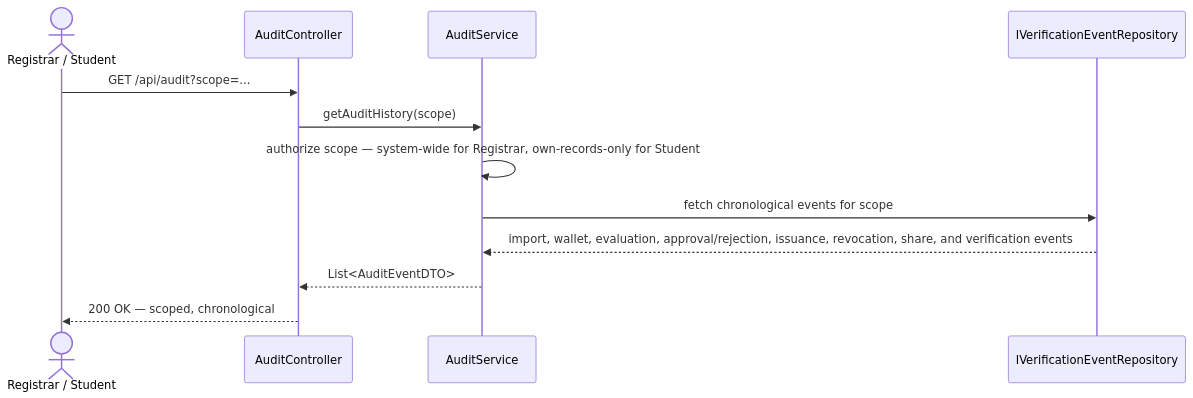
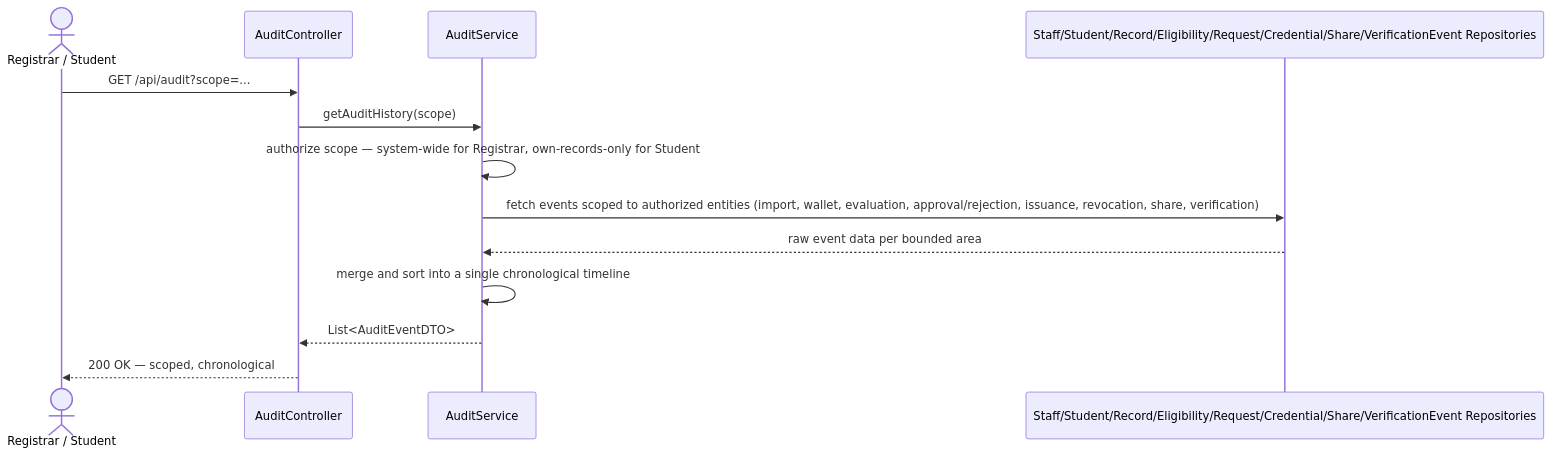
Before and after one commit to huypengin/UniDipVeri: diagram 13 of 15 in docs/03-design/Sequence_Diagram.md, drawn with Mermaid. The commit also changed other lines of this file and 23 other files, not shown here.

First line of the commit message:
docs(spec): refine credential expiry, share verification, and UI/UX specs

````diff
--- a/docs/03-design/Sequence_Diagram.md
+++ b/docs/03-design/Sequence_Diagram.md
@@ -556,15 +563,16 @@
 ```mermaid
 sequenceDiagram
     actor A as Registrar / Student
     participant AC as AuditController
     participant AS as AuditService
-    participant ERepo as IVerificationEventRepository
+    participant Repos as Staff/Student/Record/Eligibility/Request/Credential/Share/VerificationEvent Repositories
 
     A->>AC: GET /api/audit?scope=...
     AC->>AS: getAuditHistory(scope)
     AS->>AS: authorize scope — system-wide for Registrar, own-records-only for Student
-    AS->>ERepo: fetch chronological events for scope
-    ERepo-->>AS: import, wallet, evaluation, approval/rejection, issuance, revocation, share, and verification events
+    AS->>Repos: fetch events scoped to authorized entities (import, wallet, evaluation, approval/rejection, issuance, revocation, share, verification)
+    Repos-->>AS: raw event data per bounded area
+    AS->>AS: merge and sort into a single chronological timeline
     AS-->>AC: List<AuditEventDTO>
     AC-->>A: 200 OK — scoped, chronological
 ```
````
